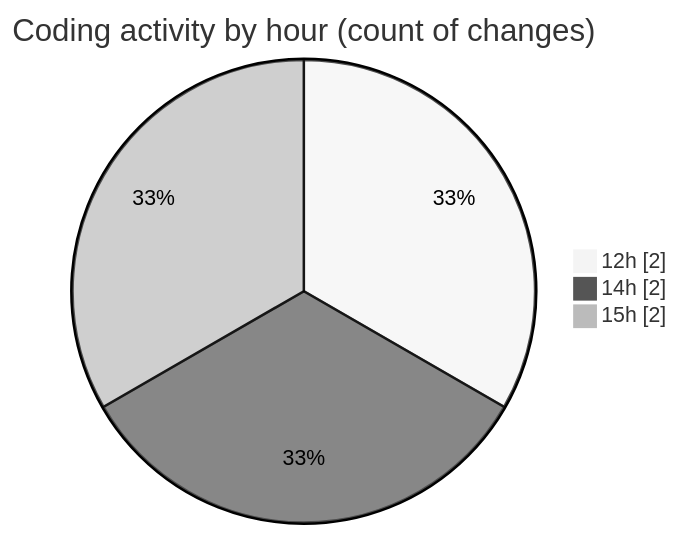
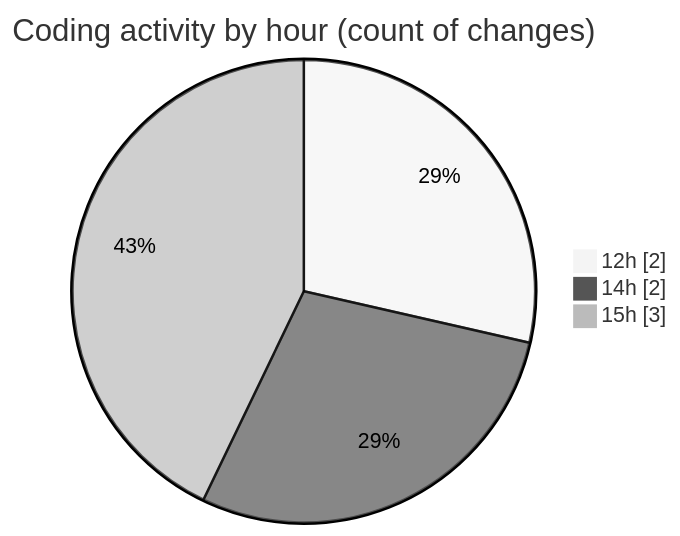
The second of 2 diagrams in 2026-11-10/wp-content__workspace_/README.md (debugP/code-tracking), drawn with Mermaid (neutral theme) before and after one commit. The commit also changed other lines of this file and 1 other file, not shown here.

````diff
--- a/2026-11-10/wp-content__workspace_/README.md
+++ b/2026-11-10/wp-content__workspace_/README.md
@@ -30,7 +30,7 @@
 ```mermaid
 pie showData
 title Coding activity by hour (count of changes)
 "12h" : 2
 "14h" : 2
-"15h" : 2
+"15h" : 3
 ```
````
